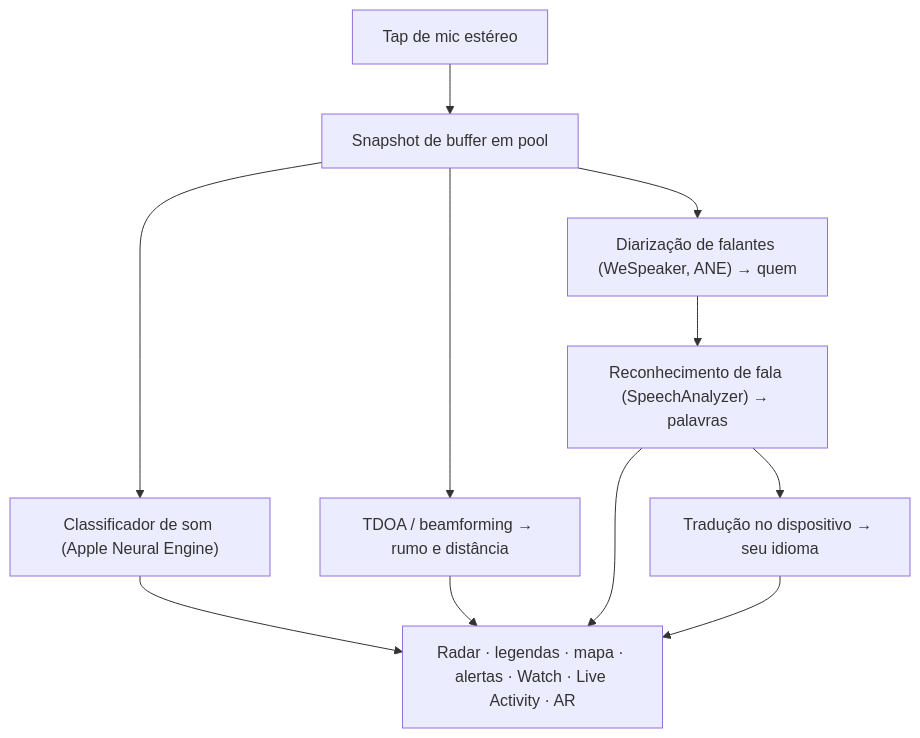
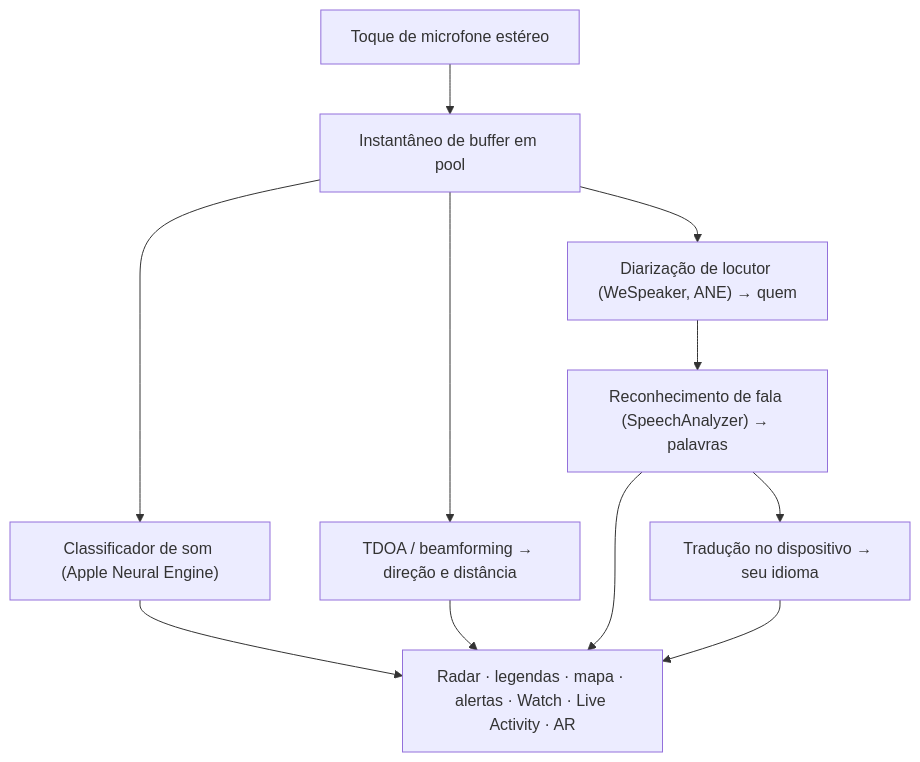
One commit to rpalm01-star/VigilantEarLegal changed the diagram in README_pt-BR.md. Above: the diagram before and after it, drawn with Mermaid. The commit also changed other lines of this file and 31 other files, not shown here.

````diff
--- a/README_pt-BR.md
+++ b/README_pt-BR.md
@@ -93,10 +93,10 @@
 ```mermaid
 graph TD
-    A["Tap de mic estéreo"] --> B["Snapshot de buffer em pool"]
+    A["Toque de microfone estéreo"] --> B["Instantâneo de buffer em pool"]
     B --> C["Classificador de som (Apple Neural Engine)"]
-    B --> D["TDOA / beamforming → rumo e distância"]
-    B --> E["Diarização de falantes (WeSpeaker, ANE) → quem"]
+    B --> D["TDOA / beamforming → direção e distância"]
+    B --> E["Diarização de locutor (WeSpeaker, ANE) → quem"]
     E --> F["Reconhecimento de fala (SpeechAnalyzer) → palavras"]
     F --> G["Tradução no dispositivo → seu idioma"]
     C & D & F & G --> H["Radar · legendas · mapa · alertas · Watch · Live Activity · AR"]
 ```
````
